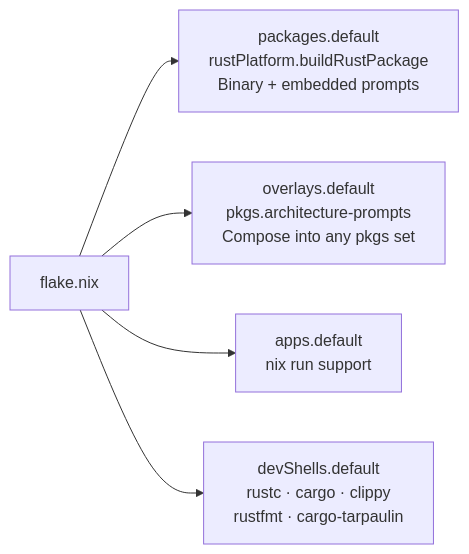
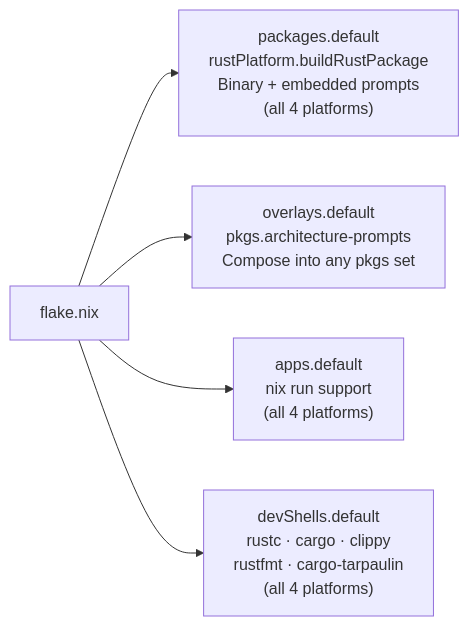
The ninth of 10 diagrams in docs/architecture.md (vansweej/architecture_prompts), drawn with Mermaid before and after one commit. The commit also changed other lines of this file and 1 other file, not shown here.

First line of the commit message:
docs: document darwin platform support and dev shell compatibility

````diff
--- a/docs/architecture.md
+++ b/docs/architecture.md
@@ -320,7 +327,7 @@
 ```mermaid
 graph LR
-    flake["flake.nix"] --> pkg["packages.default\nrustPlatform.buildRustPackage\nBinary + embedded prompts"]
+    flake["flake.nix"] --> pkg["packages.default\nrustPlatform.buildRustPackage\nBinary + embedded prompts\n(all 4 platforms)"]
     flake --> overlay["overlays.default\npkgs.architecture-prompts\nCompose into any pkgs set"]
-    flake --> app["apps.default\nnix run support"]
-    flake --> dev["devShells.default\nrustc · cargo · clippy\nrustfmt · cargo-tarpaulin"]
+    flake --> app["apps.default\nnix run support\n(all 4 platforms)"]
+    flake --> dev["devShells.default\nrustc · cargo · clippy\nrustfmt · cargo-tarpaulin\n(all 4 platforms)"]
 ```
````
